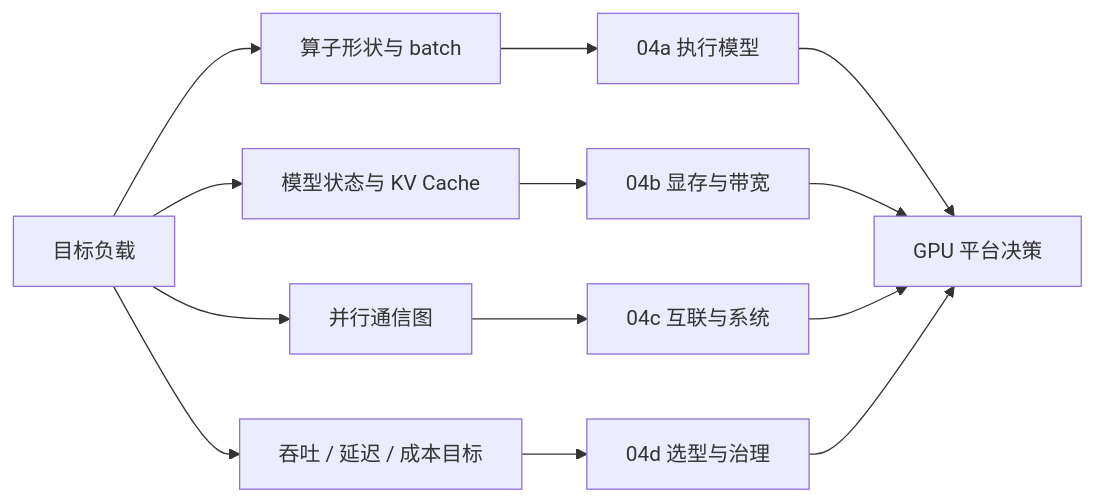
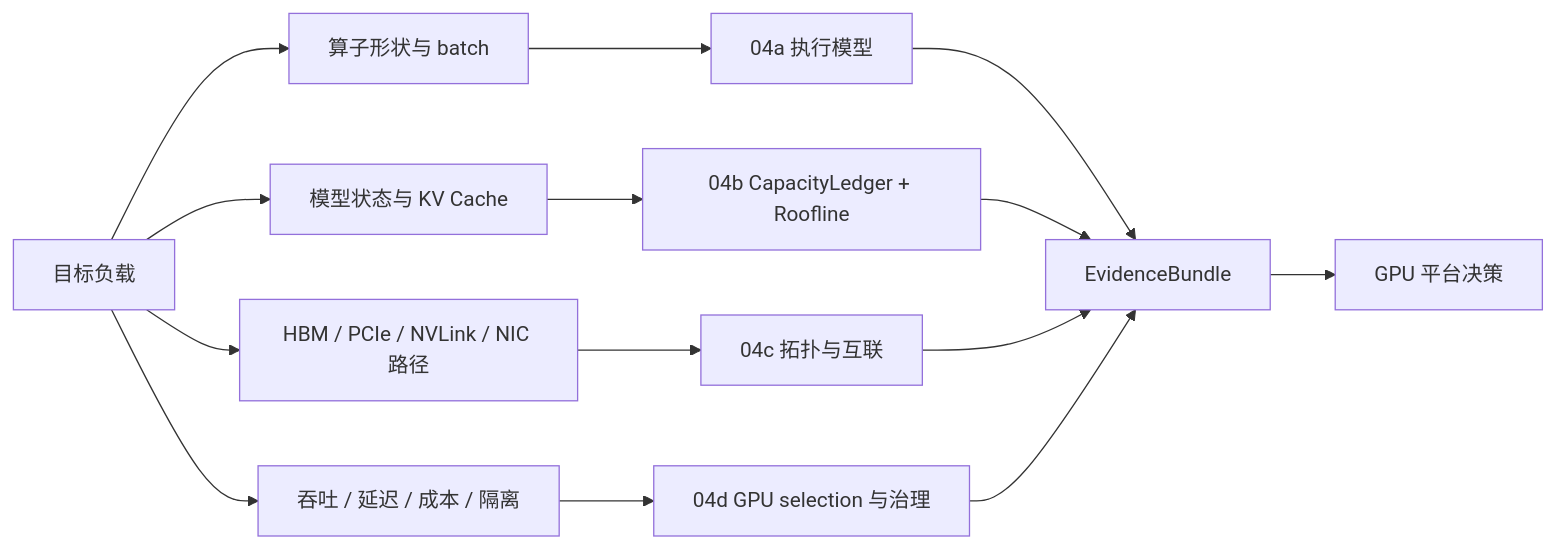
Before and after one commit to qxhy123/learn: the diagram in ai-infra-tutorial/part2-systems-stack/04-gpu-and-accelerators.md, drawn with Mermaid. The commit also changed other lines of this file and 4 other files, not shown here.

````diff
--- a/ai-infra-tutorial/part2-systems-stack/04-gpu-and-accelerators.md
+++ b/ai-infra-tutorial/part2-systems-stack/04-gpu-and-accelerators.md
@@ -43,17 +46,18 @@
 ```mermaid
 flowchart LR
   Workload[目标负载] --> Shape[算子形状与 batch]
   Workload --> State[模型状态与 KV Cache]
-  Workload --> Comm[并行通信图]
-  Workload --> SLO[吞吐 / 延迟 / 成本目标]
+  Workload --> Path[HBM / PCIe / NVLink / NIC 路径]
+  Workload --> SLO[吞吐 / 延迟 / 成本 / 隔离]
 
   Shape --> A[04a 执行模型]
-  State --> B[04b 显存与带宽]
-  Comm --> C[04c 互联与系统]
-  SLO --> D[04d 选型与治理]
+  State --> B[04b CapacityLedger + Roofline]
+  Path --> C[04c 拓扑与互联]
+  SLO --> D[04d GPU selection 与治理]
 
-  A --> Decision[GPU 平台决策]
-  B --> Decision
-  C --> Decision
-  D --> Decision
+  A --> EB[EvidenceBundle]
+  B --> EB
+  C --> EB
+  D --> EB
+  EB --> Decision[GPU 平台决策]
 ```
````
